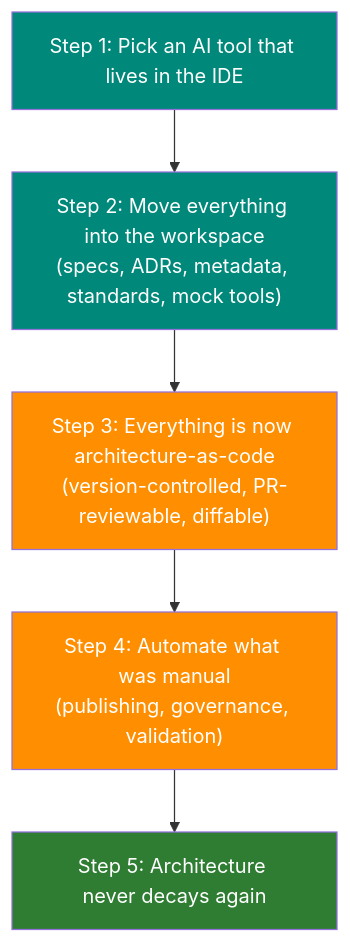
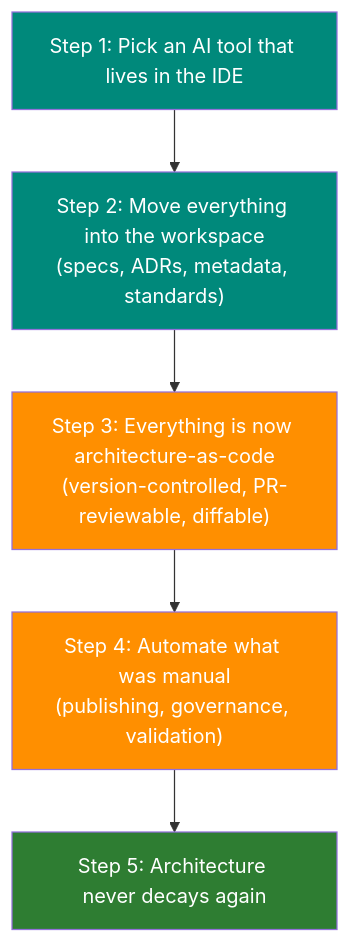
The first of 2 diagrams in presentation/docs/insight.md (christopherblaisdell/continuous-architecture-platform-poc), drawn with Mermaid before and after one commit. The commit also changed other lines of this file and 11 other files, not shown here.

````diff
--- a/presentation/docs/insight.md
+++ b/presentation/docs/insight.md
@@ -17,19 +17,19 @@
 ```mermaid
 flowchart TD
     A["Step 1: Pick an AI tool that lives in the IDE"]
-    B["Step 2: Move everything into the workspace\n(specs, ADRs, metadata, standards, mock tools)"]
+    B["Step 2: Move everything into the workspace\n(specs, ADRs, metadata, standards)"]
     C["Step 3: Everything is now architecture-as-code\n(version-controlled, PR-reviewable, diffable)"]
     D["Step 4: Automate what was manual\n(publishing, governance, validation)"]
     E["Step 5: Architecture never decays again"]
 
     A --> B
     B --> C
     C --> D
     D --> E
 
     style A fill:#00897b,color:#fff
     style B fill:#00897b,color:#fff
     style C fill:#ff8f00,color:#fff
     style D fill:#ff8f00,color:#fff
     style E fill:#2e7d32,color:#fff
 ```
````
